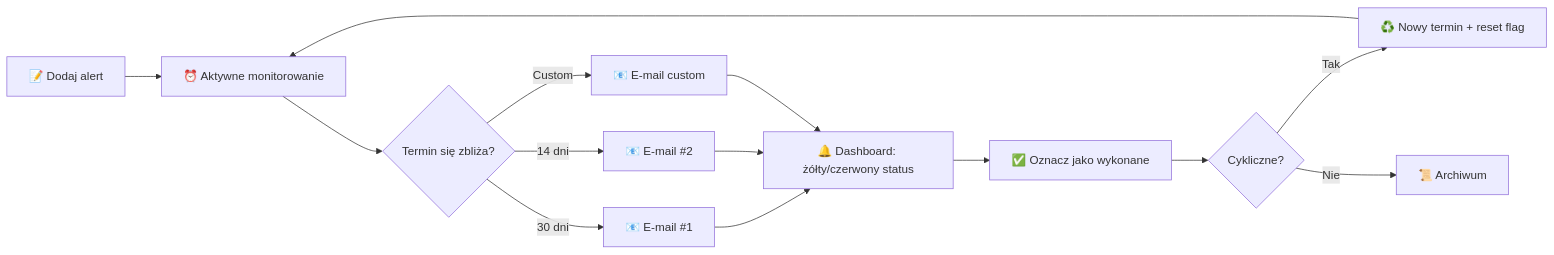
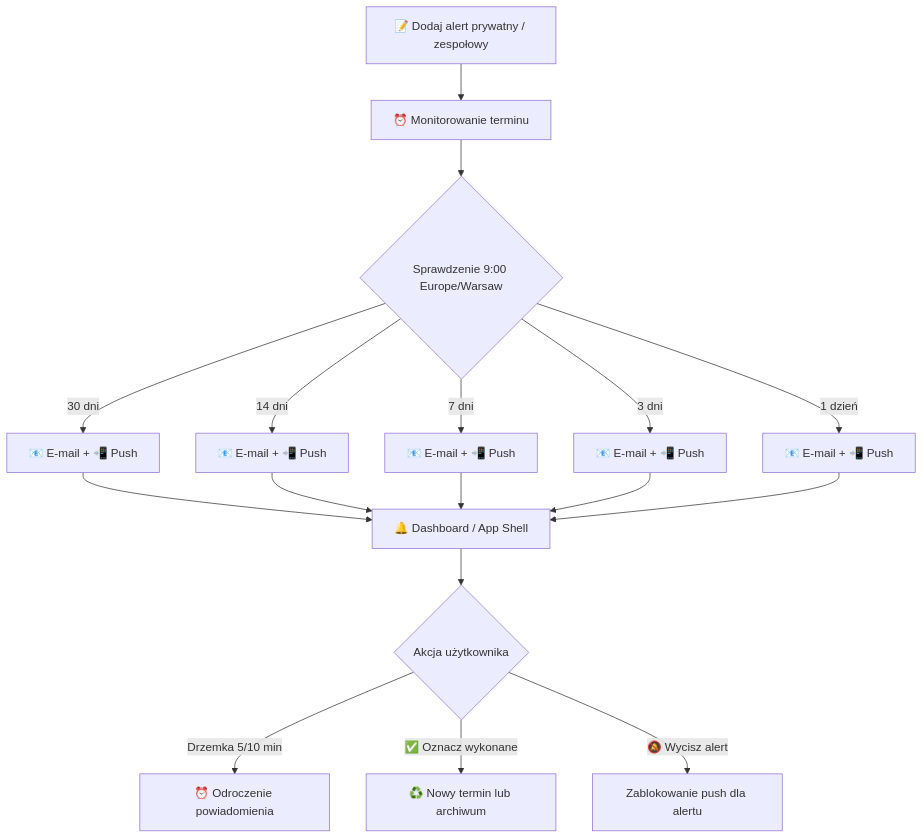
The diagram in README.md (tomaszdrozdaeit/project-taskalert), drawn with Mermaid before and after one commit. The commit also changed other lines of this file and 22 other files, not shown here.

Commit message:
feat: TaskAlert v4 - PWA install banner, FCM push notifications, shared alerts, user whitelist, email dropdowns, security audit

````diff
--- a/README.md
+++ b/README.md
@@ -56,16 +69,15 @@
 ```mermaid
-graph LR
-    A[📝 Dodaj alert] --> B[⏰ Aktywne monitorowanie]
-    B --> C{Termin się zbliża?}
-    C -->|30 dni| D[📧 E-mail #1]
-    C -->|14 dni| E[📧 E-mail #2]
-    C -->|Custom| F[📧 E-mail custom]
-    D --> G[🔔 Dashboard: żółty/czerwony status]
-    E --> G
-    F --> G
-    G --> H[✅ Oznacz jako wykonane]
-    H --> I{Cykliczne?}
-    I -->|Tak| J[♻️ Nowy termin + reset flag]
-    I -->|Nie| K[📜 Archiwum]
-    J --> B
+graph TD
+    A[📝 Dodaj alert prywatny / zespołowy] --> B[⏰ Monitorowanie terminu]
+    B --> C{Sprawdzenie 9:00 Europe/Warsaw}
+    C -->|30 dni| D[📧 E-mail + 📲 Push]
+    C -->|14 dni| E[📧 E-mail + 📲 Push]
+    C -->|7 dni| F[📧 E-mail + 📲 Push]
+    C -->|3 dni| G[📧 E-mail + 📲 Push]
+    C -->|1 dzień| H[📧 E-mail + 📲 Push]
+    D & E & F & G & H --> I[🔔 Dashboard / App Shell]
+    I --> J{Akcja użytkownika}
+    J -->|Drzemka 5/10 min| K[⏰ Odroczenie powiadomienia]
+    J -->|✅ Oznacz wykonane| L[♻️ Nowy termin lub archiwum]
+    J -->|🔕 Wycisz alert| M[Zablokowanie push dla alertu]
 ```
````
